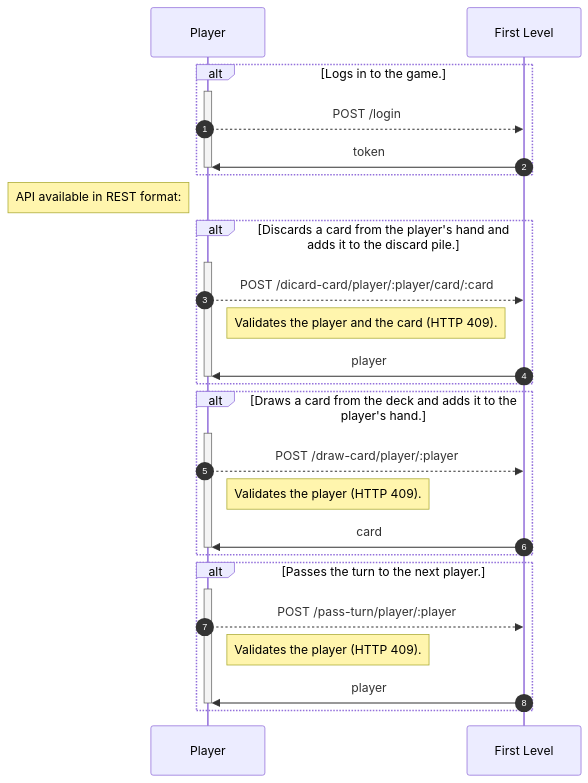
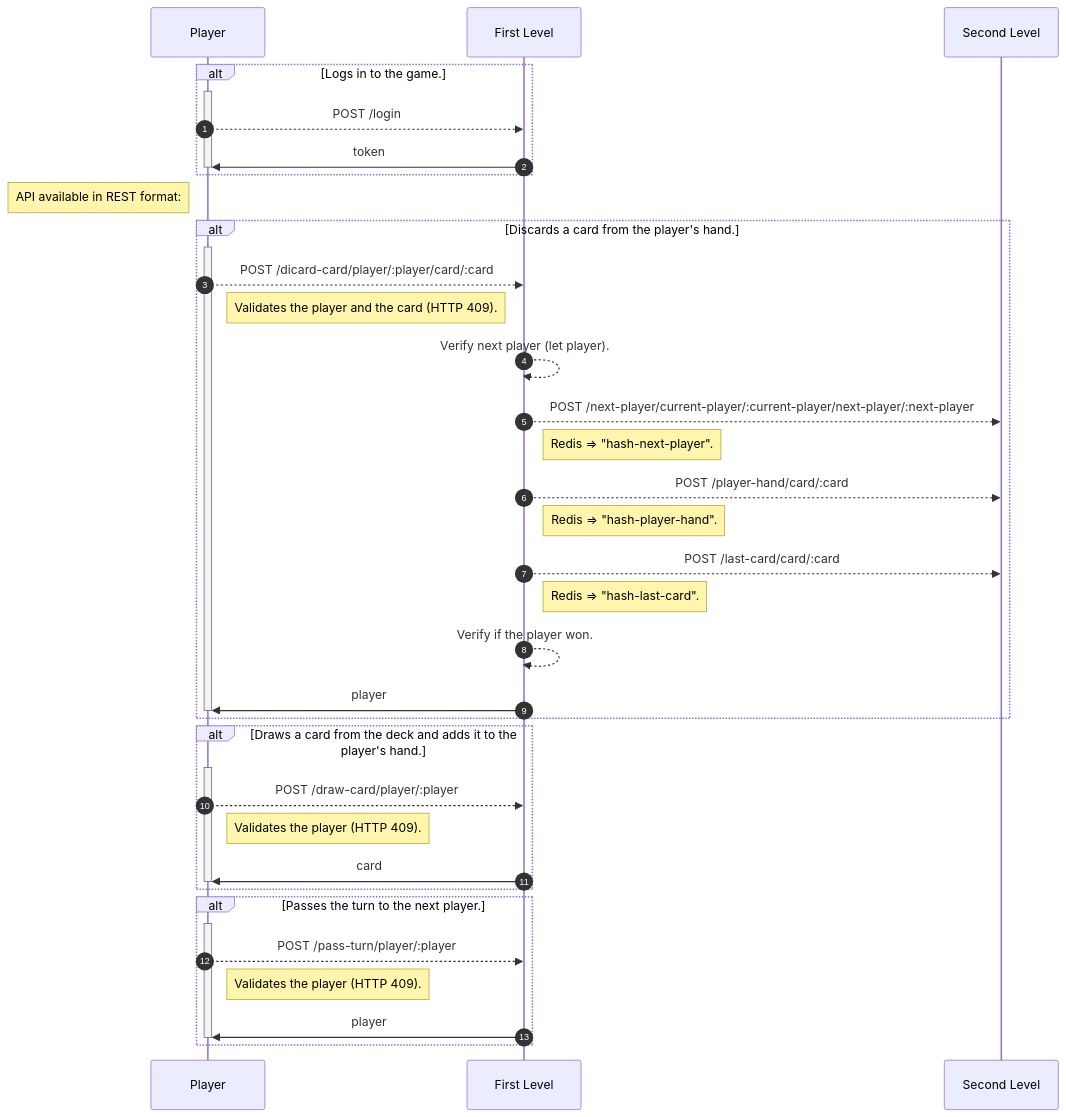
Before and after one commit to olbiwan/uno: the diagram in README.md, drawn with Mermaid.

````diff
--- a/README.md
+++ b/README.md
@@ -20,32 +20,40 @@
 ```mermaid
 sequenceDiagram
     autonumber
     alt Logs in to the game.
       activate Player
         Player-->>First Level: POST /login
         First Level->>Player: token
       deactivate Player
     end
     Note left of Player: API available in REST format:
-    alt Discards a card from the player's hand and adds it to the discard pile.
+    alt Discards a card from the player's hand.
       activate Player
         Player-->>First Level: POST /dicard-card/player/:player/card/:card
         Note right of Player: Validates the player and the card (HTTP 409).
+        First Level-->>First Level: Verify next player (let player).
+        First Level-->>Second Level: POST /next-player/current-player/:current-player/next-player/:next-player
+        Note right of First Level: Redis => "hash-next-player".
+        First Level-->>Second Level: POST /player-hand/card/:card
+        Note right of First Level: Redis => "hash-player-hand".
+        First Level-->>Second Level: POST /last-card/card/:card
+        Note right of First Level: Redis => "hash-last-card".
+        First Level-->>First Level: Verify if the player won.
         First Level->>Player: player
       deactivate Player
     end
     alt Draws a card from the deck and adds it to the player's hand.
       activate Player
         Player-->>First Level: POST /draw-card/player/:player
         Note right of Player: Validates the player (HTTP 409).
         First Level->>Player: card
       deactivate Player
     end
     alt Passes the turn to the next player.
       activate Player
         Player-->>First Level: POST /pass-turn/player/:player
         Note right of Player: Validates the player (HTTP 409).
         First Level->>Player: player
       deactivate Player
     end
 ```
````
